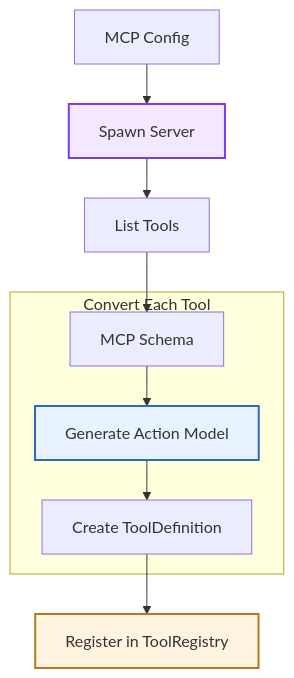
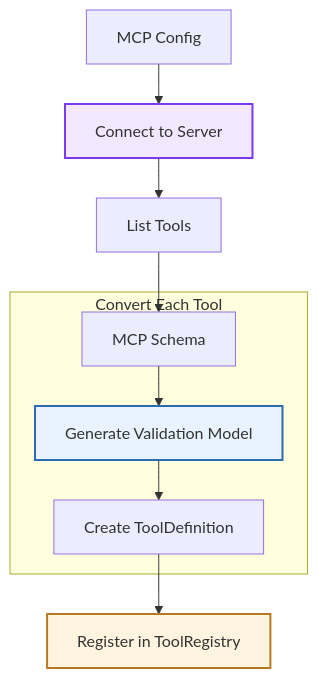
Before and after one commit to OpenHands/docs: the third of 7 diagrams in sdk/arch/mcp.mdx, drawn with Mermaid. The commit also changed other lines of this file and 1 other file, not shown here.

````diff
--- a/sdk/arch/mcp.mdx
+++ b/sdk/arch/mcp.mdx
@@ -142,27 +142,27 @@
 ```mermaid
 %%{init: {"theme": "default", "flowchart": {"nodeSpacing": 30, "rankSpacing": 40}} }%%
 flowchart TB
     Config["MCP Config"]
-    Spawn["Spawn Server"]
+    Spawn["Connect to Server"]
     List["List Tools"]
     
     subgraph Convert["Convert Each Tool"]
         Schema["MCP Schema"]
-        Action["Generate Action Model"]
+        Action["Generate Validation Model"]
         Def["Create ToolDefinition"]
     end
     
     Register["Register in ToolRegistry"]
     
     Config --> Spawn
     Spawn --> List
     List --> Schema
     
     Schema --> Action
     Action --> Def
     Def --> Register
     
     style Spawn fill:#f3e8ff,stroke:#7c3aed,stroke-width:2px
     style Action fill:#e8f3ff,stroke:#2b6cb0,stroke-width:2px
     style Register fill:#fff4df,stroke:#b7791f,stroke-width:2px
 ```
````
